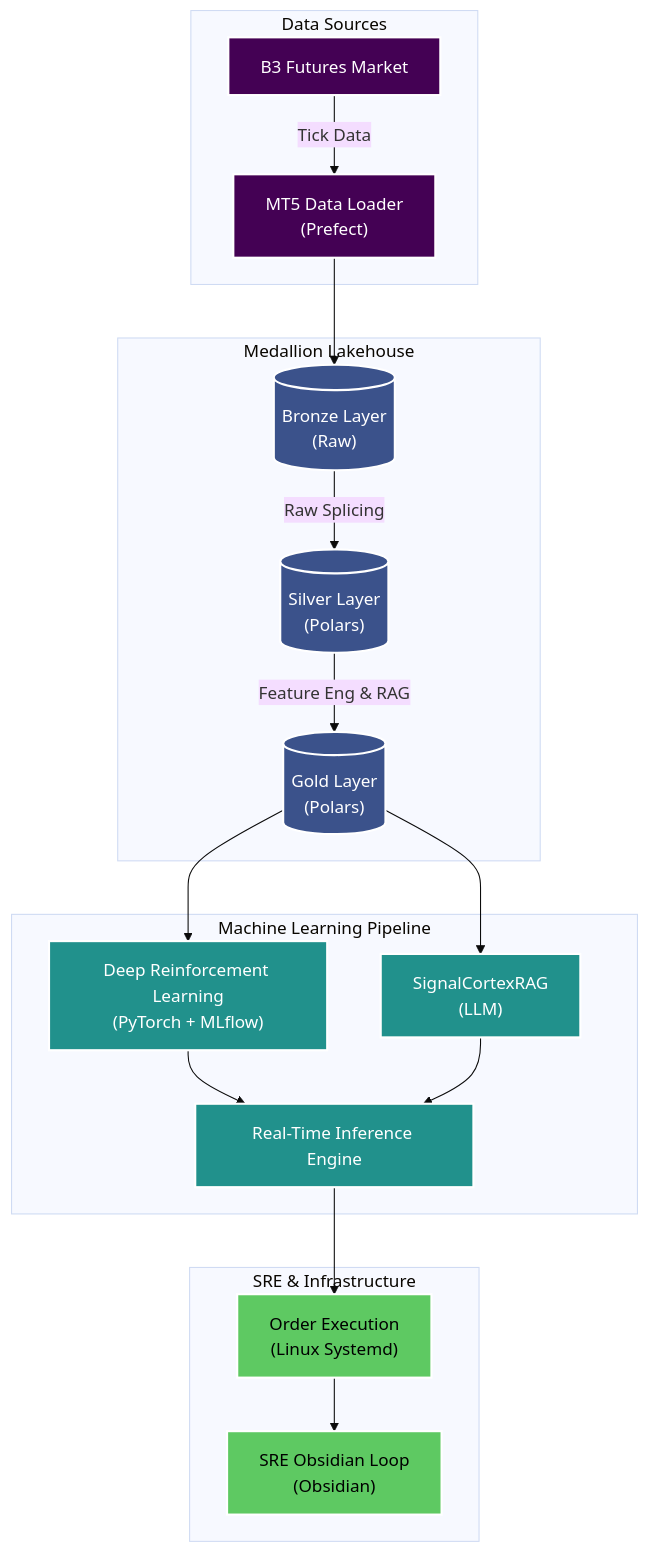
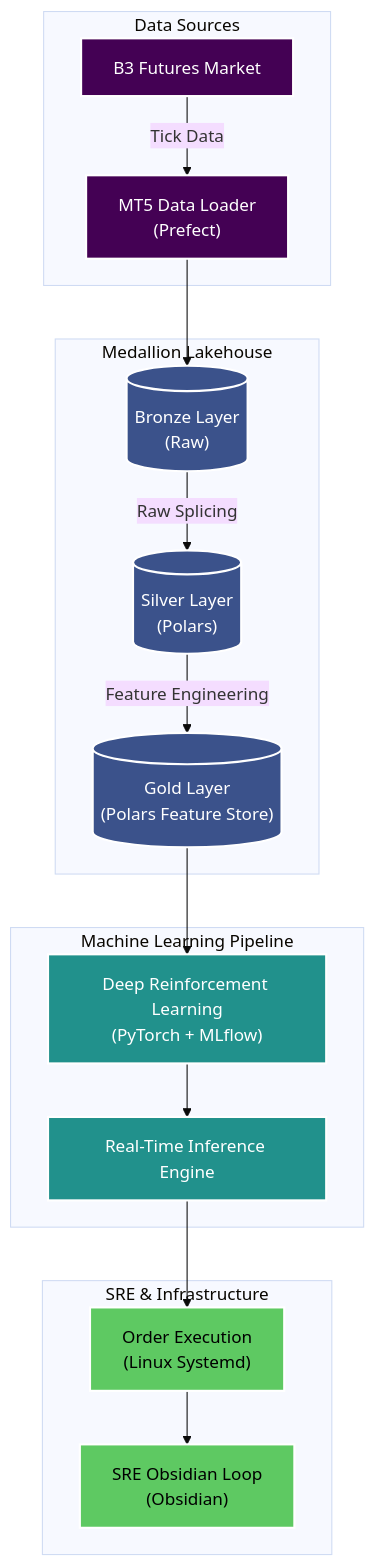
Before and after one commit to LucianoBritis/mlops-architecture-showcase: the diagram in README.md, drawn with Mermaid (base theme). The commit also changed other lines of this file, not shown here.

Commit message:
docs: Remove RAG from architecture to accurately reflect the pure DRL HFT system

````diff
--- a/README.md
+++ b/README.md
@@ -21,29 +21,27 @@
 ```mermaid
 graph TD
     classDef source fill:#440154,color:#fff,stroke:#fff,stroke-width:2px;
     classDef medallion fill:#3B528B,color:#fff,stroke:#fff,stroke-width:2px;
     classDef ml fill:#21918C,color:#fff,stroke:#fff,stroke-width:2px;
     classDef sre fill:#5EC962,color:#000,stroke:#fff,stroke-width:2px;
 
     subgraph Data Sources
         B3["B3 Futures Market"]:::source --> |Tick Data| Ingest["MT5 Data Loader<br>(Prefect)"]:::source
     end
 
     subgraph Medallion Lakehouse
         Ingest --> Bronze[("Bronze Layer<br>(Raw)")]:::medallion
         Bronze --> |Raw Splicing| Silver[("Silver Layer<br>(Polars)")]:::medallion
-        Silver --> |Feature Eng & RAG| Gold[("Gold Layer<br>(Polars)")]:::medallion
+        Silver --> |Feature Engineering| Gold[("Gold Layer<br>(Polars Feature Store)")]:::medallion
     end
 
     subgraph Machine Learning Pipeline
         Gold --> DRL["Deep Reinforcement Learning<br>(PyTorch + MLflow)"]:::ml
-        Gold --> Semantic["SignalCortexRAG<br>(LLM)"]:::ml
         DRL --> Inference["Real-Time Inference Engine"]:::ml
-        Semantic --> Inference
     end
 
     subgraph SRE & Infrastructure
         Inference --> Exec["Order Execution<br>(Linux Systemd)"]:::sre
         Exec --> Monitor["SRE Obsidian Loop<br>(Obsidian)"]:::sre
     end
 ```
````
